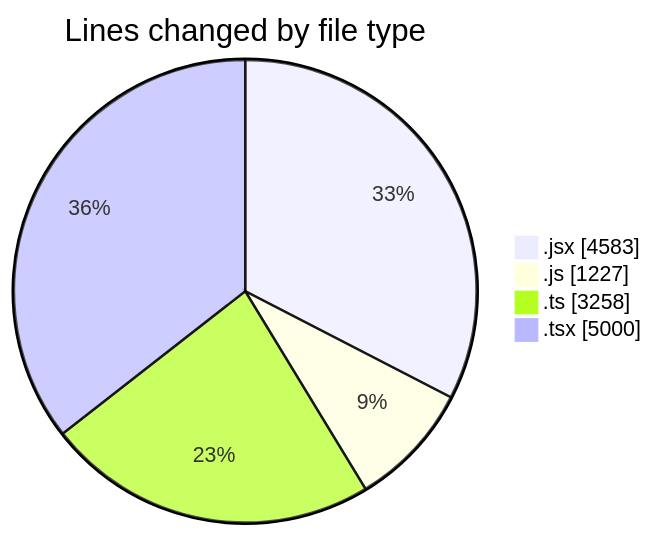
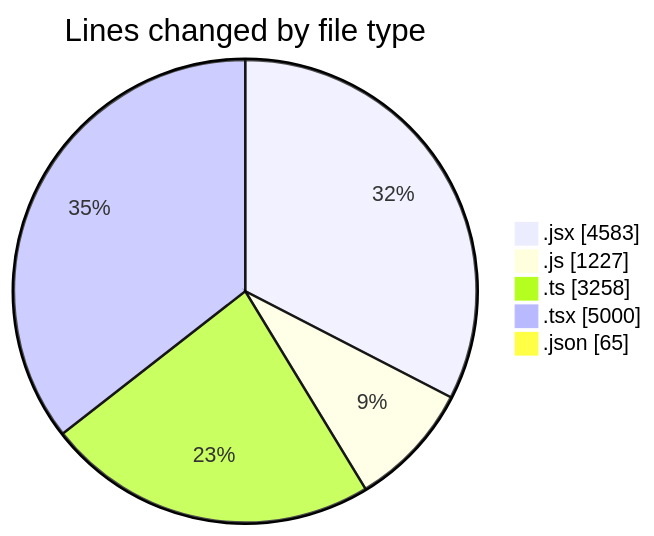
Before and after one commit to nxtqubesakshisongat/code-tracking: the first of 2 diagrams in 2026-01-21/nxtqube_webapp/README.md, drawn with Mermaid. The commit also changed other lines of this file and 1 other file, not shown here.

````diff
--- a/2026-01-21/nxtqube_webapp/README.md
+++ b/2026-01-21/nxtqube_webapp/README.md
@@ -28,8 +29,9 @@
 ```mermaid
 pie showData
 title Lines changed by file type
 ".jsx" : 4583
 ".js" : 1227
 ".ts" : 3258
 ".tsx" : 5000
+".json" : 65
 ```
````
